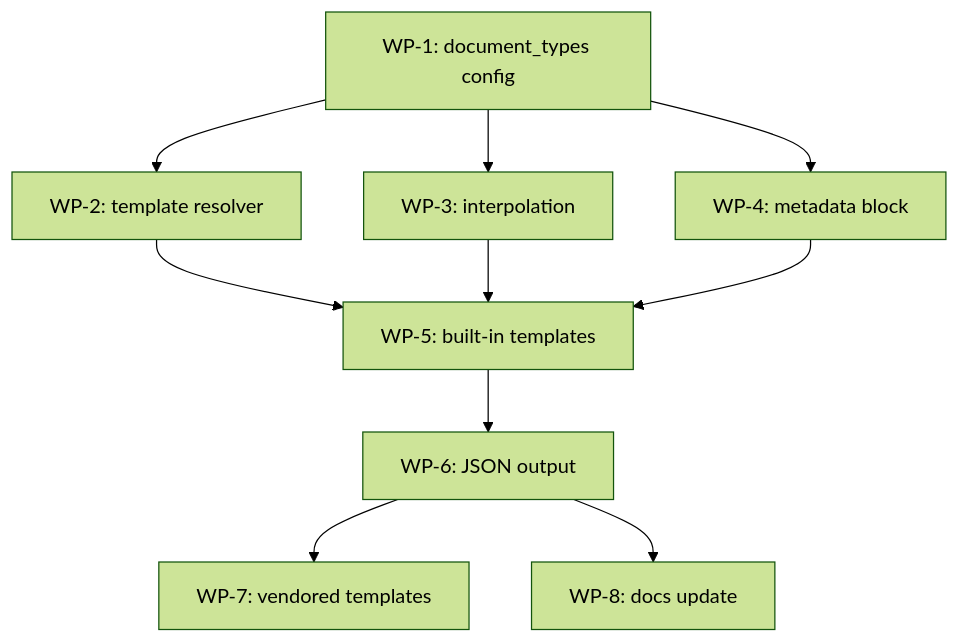
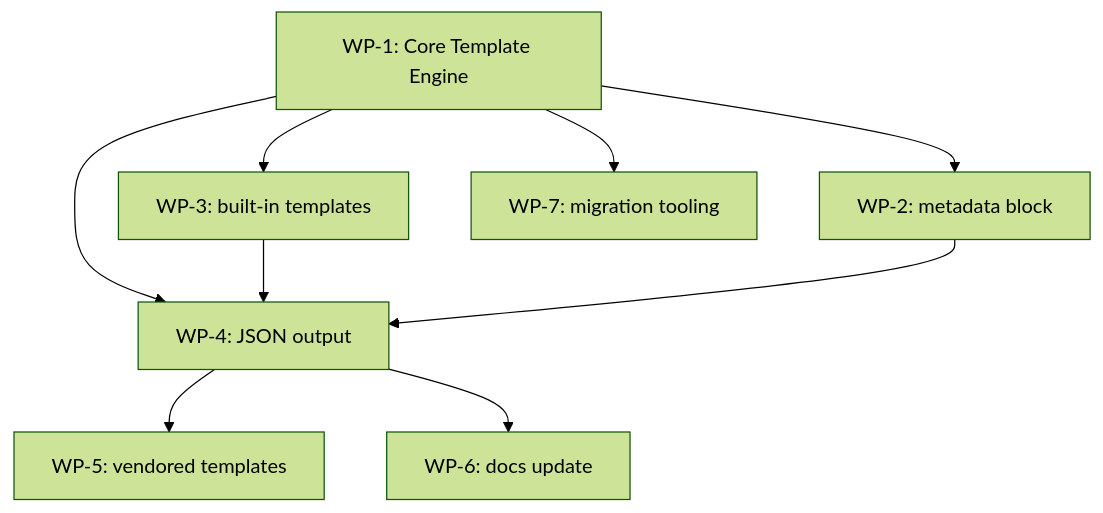
One commit to GitCmurf/meminit changed the fourth of 6 diagrams in docs/10-prd/prd-006-document-templates.md. Above: the diagram before and after it, drawn with Mermaid (forest theme). The commit also changed other lines of this file and 1 other file, not shown here.

Commit message:
fix: code review comments; prep: prd-006 for doc templates

````diff
--- a/docs/10-prd/prd-006-document-templates.md
+++ b/docs/10-prd/prd-006-document-templates.md
@@ -2787,14 +2875,12 @@
 ```mermaid
 graph TD
-    WP1[WP-1: document_types config] --> WP2[WP-2: template resolver]
-    WP1 --> WP3[WP-3: interpolation]
-    WP1 --> WP4[WP-4: metadata block]
+    WP1[WP-1: Core Template Engine] --> WP2[WP-2: metadata block]
+    WP1 --> WP3[WP-3: built-in templates]
+    WP1 --> WP4[WP-4: JSON output]
+    WP3 --> WP4
+    WP2 --> WP4
 
-    WP2 --> WP5[WP-5: built-in templates]
-    WP3 --> WP5
-    WP4 --> WP5
-
-    WP5 --> WP6[WP-6: JSON output]
-    WP6 --> WP7[WP-7: vendored templates]
-    WP6 --> WP8[WP-8: docs update]
+    WP4 --> WP5[WP-5: vendored templates]
+    WP4 --> WP6[WP-6: docs update]
+    WP1 --> WP7[WP-7: migration tooling]
 ```
````
